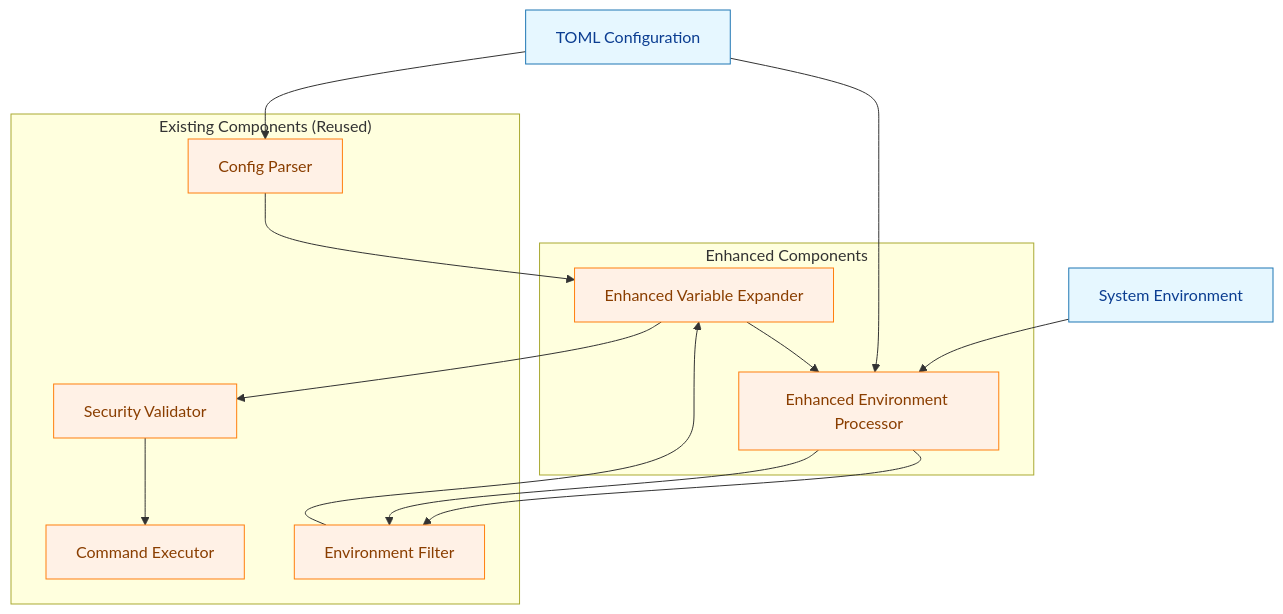
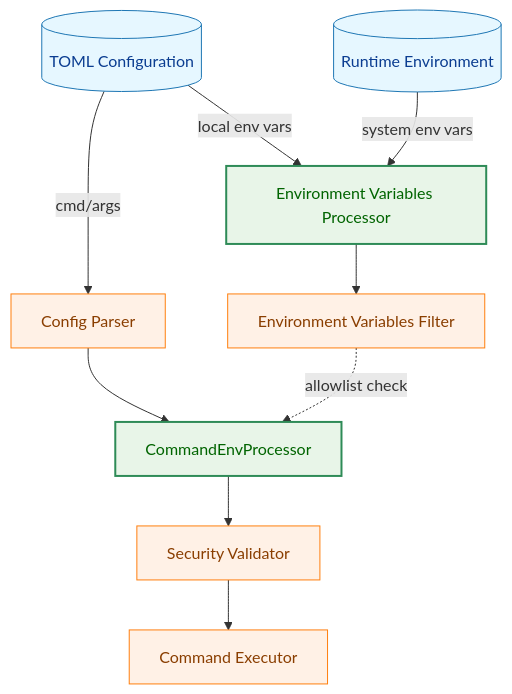
The first of 7 diagrams in docs/tasks/0026_variable_expansion/02_architecture.md (isseis/go-safe-cmd-runner), drawn with Mermaid before and after one commit. The commit also changed other lines of this file and 9 other files, not shown here.

First line of the commit message:
Refactor env var expansion to use allowlist/group context and remove legacy parser

````diff
--- a/docs/tasks/0026_variable_expansion/02_architecture.md
+++ b/docs/tasks/0026_variable_expansion/02_architecture.md
@@ -21,36 +21,23 @@
 ```mermaid
-%% Color nodes: data vs process
+%% Color nodes: data vs process vs enhanced
 flowchart TD
     classDef data fill:#e6f7ff,stroke:#1f77b4,stroke-width:1px,color:#0b3d91;
     classDef process fill:#fff1e6,stroke:#ff7f0e,stroke-width:1px,color:#8a3e00;
+    classDef enhanced fill:#e8f5e8,stroke:#2e8b57,stroke-width:2px,color:#006400;
 
-    A[TOML Configuration] --> B[Config Parser]
-    B --> C[Variable Expander]
+    A[(TOML Configuration)] -->|cmd/args| B[Config Parser]
+    B --> C[CommandEnvProcessor]
     C --> D[Security Validator]
     D --> E[Command Executor]
 
-    F[System Environment] --> K[Environment Processor]
-    A --> K
-    K --> L[Environment Filter]
-    L --> C
+    F[(Runtime Environment)] -->|system env vars| K[Environment Variables Processor]
+    A -->|local env vars| K
+    K --> L[Environment Variables Filter]
+    L -.->|allowlist check| C
 
-    subgraph "Enhanced Components"
-        C[Enhanced Variable Expander]
-        K[Enhanced Environment Processor]
-    end
-
-    subgraph "Existing Components (Reused)"
-        B
-        D
-        E
-        L[Environment Filter]
-    end
-
-    C --> K
-    K --> L
-
-    %% Assign classes: data nodes vs process nodes
+    %% Assign classes: data vs process vs enhanced nodes
     class A,F data;
-    class B,C,D,E,K,L process;
+    class B,D,E,L process;
+    class C,K enhanced;
 
 ```
````
